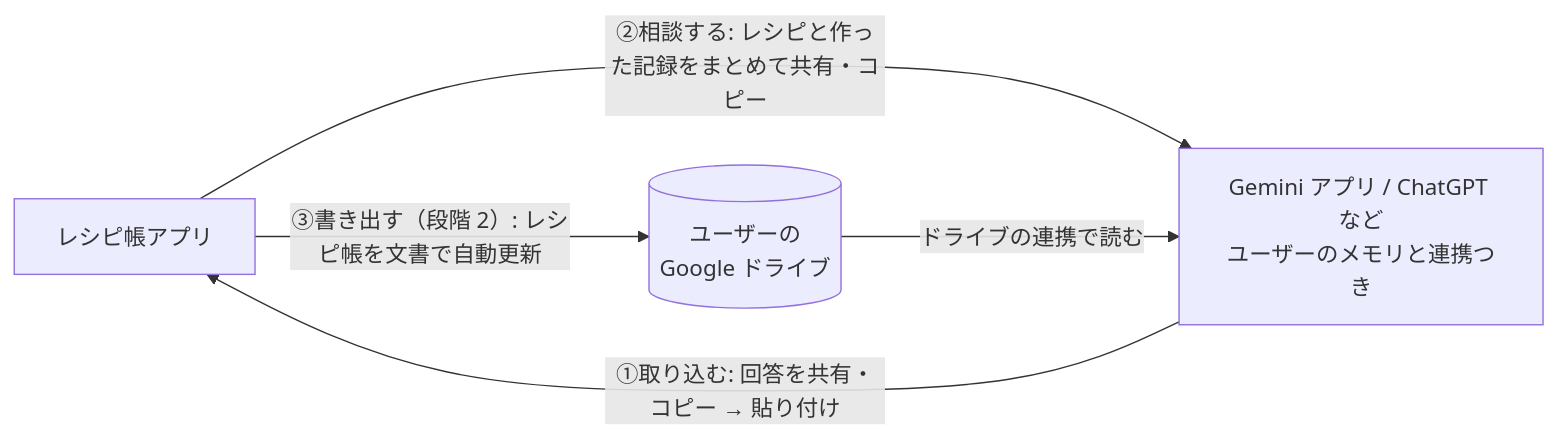
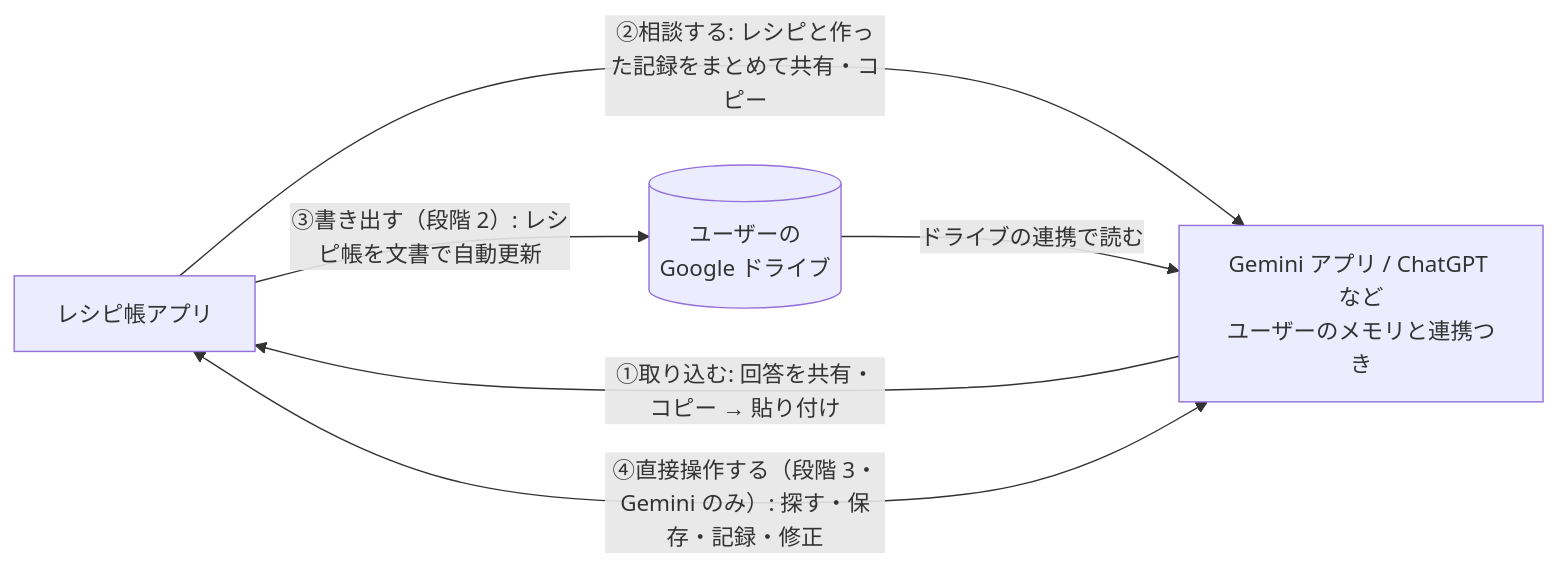
Before and after one commit to p-ota-q/inventory: the fourth of 5 diagrams in apps/recipe-book/docs/requirements.md, drawn with Mermaid. The commit also changed other lines of this file and 1 other file, not shown here.

First line of the commit message:
docs(apps/recipe-book): Gemini から直接、保存・記録・修正できる経路を足す（要件定義 v0.2）

````diff
--- a/apps/recipe-book/docs/requirements.md
+++ b/apps/recipe-book/docs/requirements.md
@@ -394,10 +419,11 @@
 ```mermaid
 flowchart LR
   App[レシピ帳アプリ]
   AIApp[Gemini アプリ / ChatGPT など<br/>ユーザーのメモリと連携つき]
   Drive[(ユーザーの<br/>Google ドライブ)]
   AIApp -->|"①取り込む: 回答を共有・コピー → 貼り付け"| App
   App -->|"②相談する: レシピと作った記録をまとめて共有・コピー"| AIApp
   App -->|"③書き出す（段階 2）: レシピ帳を文書で自動更新"| Drive
   Drive -->|ドライブの連携で読む| AIApp
+  AIApp <-->|"④直接操作する（段階 3・Gemini のみ）: 探す・保存・記録・修正"| App
 ```
````
